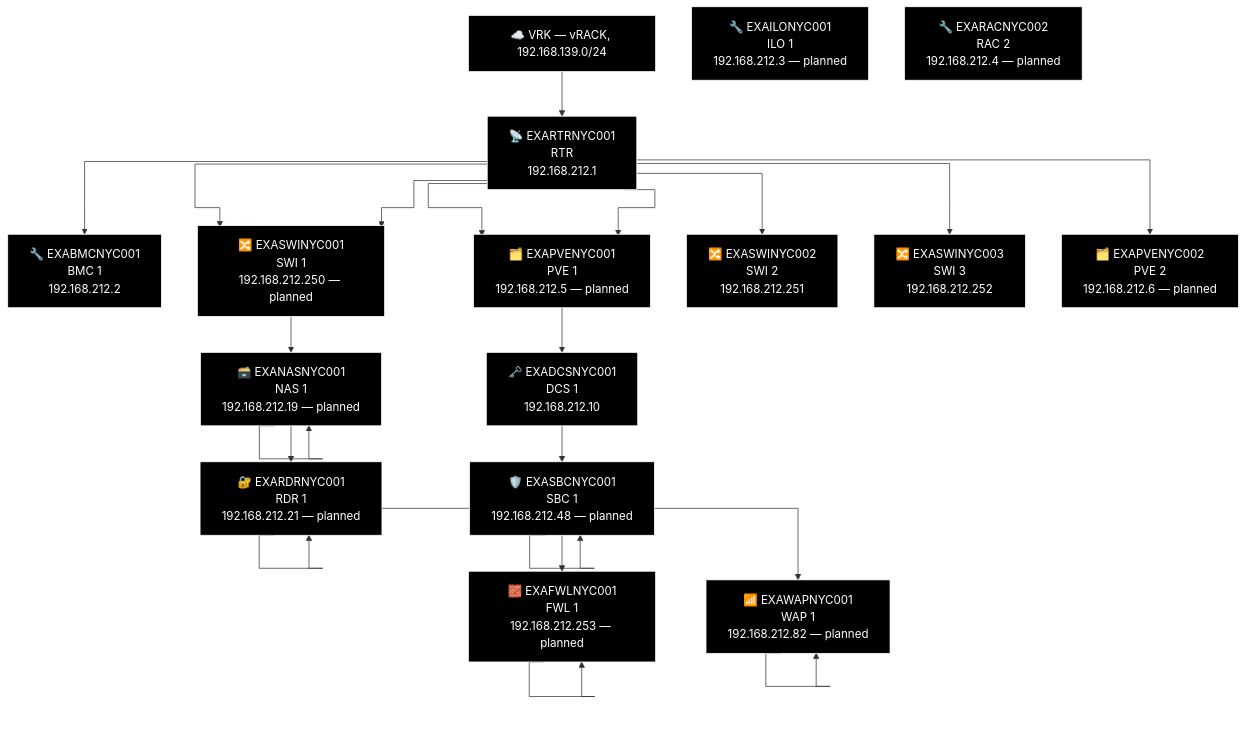
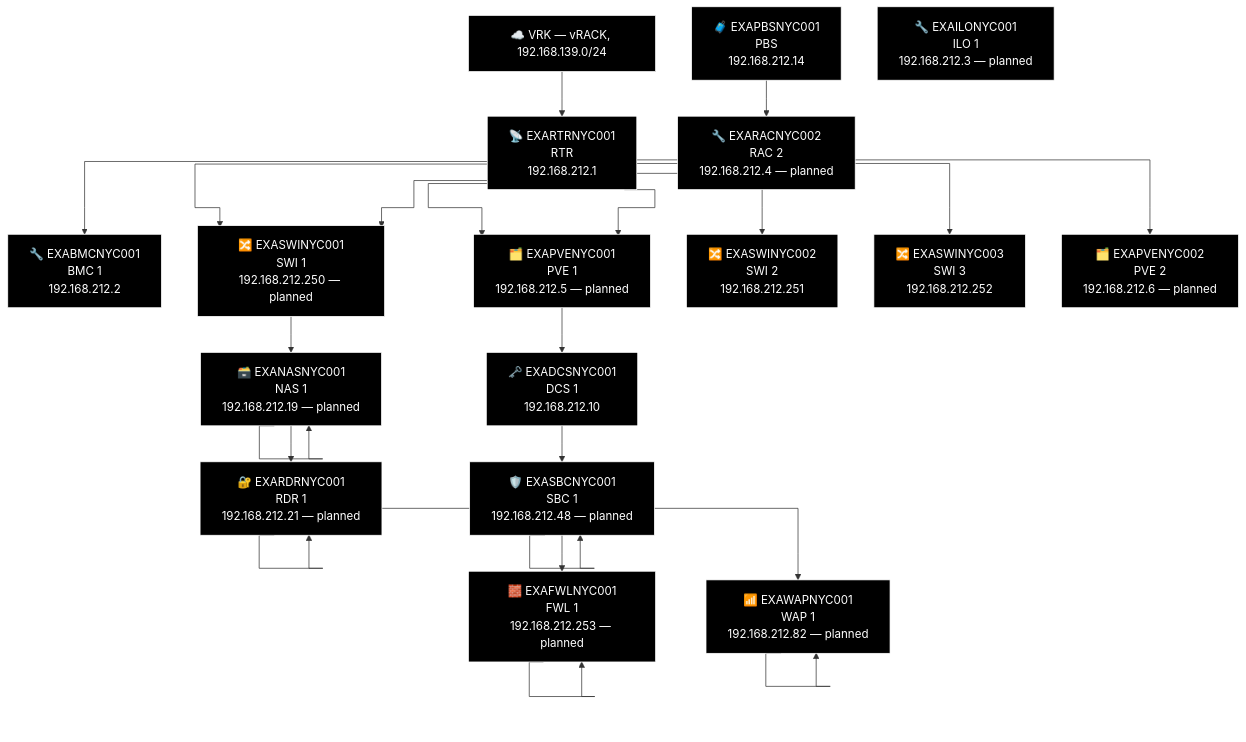
One commit to knightmare2600/example_music_infra changed the sixth of 21 diagrams in docs/network-diagram/united-states.md. Above: the diagram before and after it, drawn with Mermaid. The commit also changed other lines of this file and 14 other files, not shown here.

First line of the commit message:
docs/network-diagram: regenerate, every site was missing its PBS node

````diff
--- a/docs/network-diagram/united-states.md
+++ b/docs/network-diagram/united-states.md
@@ -280,63 +282,66 @@
 ```mermaid
 %% GENERATED:TOPOLOGY:NYC:START
 %%{init: {'flowchart': {'curve': 'stepAfter'}}}%%
 graph TD
     T_VRK["☁️ VRK — vRACK, 192.168.139.0/24"]
     T_RTR["📡 EXARTRNYC001<br/>RTR<br/>192.168.212.1"]
     T_VRK --> T_RTR
     T_BMC["🔧 EXABMCNYC001<br/>BMC 1<br/>192.168.212.2"]
     T_RTR --> T_BMC
     T_PVE["🗂️ EXAPVENYC001<br/>PVE 1<br/>192.168.212.5"]
     T_RTR --> T_PVE
     T_SWI["🔀 EXASWINYC001<br/>SWI 1<br/>192.168.212.250"]
     T_RTR --> T_SWI
     T_SWI2["🔀 EXASWINYC002<br/>SWI 2<br/>192.168.212.251"]
     T_RTR --> T_SWI2
     T_SWI3["🔀 EXASWINYC003<br/>SWI 3<br/>192.168.212.252"]
     T_RTR --> T_SWI3
     T_SWI["🔀 EXASWINYC001<br/>SWI 1<br/>192.168.212.250 — planned"]
     T_RTR --> T_SWI
     T_PVE["🗂️ EXAPVENYC001<br/>PVE 1<br/>192.168.212.5 — planned"]
     T_RTR --> T_PVE
     T_PVE2["🗂️ EXAPVENYC002<br/>PVE 2<br/>192.168.212.6 — planned"]
     T_RTR --> T_PVE2
     T_NAS["🗃️ EXANASNYC001<br/>NAS<br/>192.168.212.19"]
     T_NAS["🗃️ EXANASNYC001<br/>NAS 1<br/>192.168.212.19 — planned"]
     T_RDR["🔐 EXARDRNYC001<br/>RDR<br/>192.168.212.21"]
     T_RDR["🔐 EXARDRNYC001<br/>RDR 1<br/>192.168.212.21 — planned"]
     T_WAP["📶 EXAWAPNYC001<br/>WAP 1<br/>192.168.212.82"]
     T_WAP["📶 EXAWAPNYC001<br/>WAP 1<br/>192.168.212.82 — planned"]
     T_SWI --> T_NAS --> T_NAS --> T_RDR --> T_RDR --> T_WAP --> T_WAP
     T_DCS["🗝️ EXADCSNYC001<br/>DCS 1<br/>192.168.212.10"]
     T_SBC["🛡️ EXASBCNYC001<br/>SBC<br/>192.168.212.48"]
     T_SBC["🛡️ EXASBCNYC001<br/>SBC 1<br/>192.168.212.48 — planned"]
     T_FWL["🧱 EXAFWLNYC001<br/>LAN Face<br/>192.168.212.253"]
     T_FWL["🧱 EXAFWLNYC001<br/>FWL 1<br/>192.168.212.253 — planned"]
     T_PVE --> T_DCS --> T_SBC --> T_SBC --> T_FWL --> T_FWL
+    T_PBS["🧳 EXAPBSNYC001<br/>PBS<br/>192.168.212.14"]
     T_ILO["🔧 EXAILONYC001<br/>ILO 1<br/>192.168.212.3 — planned"]
     T_RAC["🔧 EXARACNYC002<br/>RAC 2<br/>192.168.212.4 — planned"]
+    T_PBS --> T_RAC
     style T_VRK fill:#000000,stroke:#FFFFFF,color:#FFFFFF
     style T_RTR fill:#000000,stroke:#FFFFFF,color:#FFFFFF
     style T_BMC fill:#000000,stroke:#FFFFFF,color:#FFFFFF
     style T_PVE fill:#000000,stroke:#FFFFFF,color:#FFFFFF
     style T_SWI fill:#000000,stroke:#FFFFFF,color:#FFFFFF
     style T_SWI2 fill:#000000,stroke:#FFFFFF,color:#FFFFFF
     style T_SWI3 fill:#000000,stroke:#FFFFFF,color:#FFFFFF
     style T_SWI fill:#000000,stroke:#FFFFFF,color:#FFFFFF
     style T_PVE fill:#000000,stroke:#FFFFFF,color:#FFFFFF
     style T_PVE2 fill:#000000,stroke:#FFFFFF,color:#FFFFFF
     style T_NAS fill:#000000,stroke:#FFFFFF,color:#FFFFFF
     style T_NAS fill:#000000,stroke:#FFFFFF,color:#FFFFFF
     style T_RDR fill:#000000,stroke:#FFFFFF,color:#FFFFFF
     style T_RDR fill:#000000,stroke:#FFFFFF,color:#FFFFFF
     style T_WAP fill:#000000,stroke:#FFFFFF,color:#FFFFFF
     style T_WAP fill:#000000,stroke:#FFFFFF,color:#FFFFFF
     style T_DCS fill:#000000,stroke:#FFFFFF,color:#FFFFFF
     style T_SBC fill:#000000,stroke:#FFFFFF,color:#FFFFFF
     style T_SBC fill:#000000,stroke:#FFFFFF,color:#FFFFFF
     style T_FWL fill:#000000,stroke:#FFFFFF,color:#FFFFFF
     style T_FWL fill:#000000,stroke:#FFFFFF,color:#FFFFFF
+    style T_PBS fill:#000000,stroke:#FFFFFF,color:#FFFFFF
     style T_ILO fill:#000000,stroke:#FFFFFF,color:#FFFFFF
     style T_RAC fill:#000000,stroke:#FFFFFF,color:#FFFFFF
 %% GENERATED:TOPOLOGY:NYC:END
 ```
````
